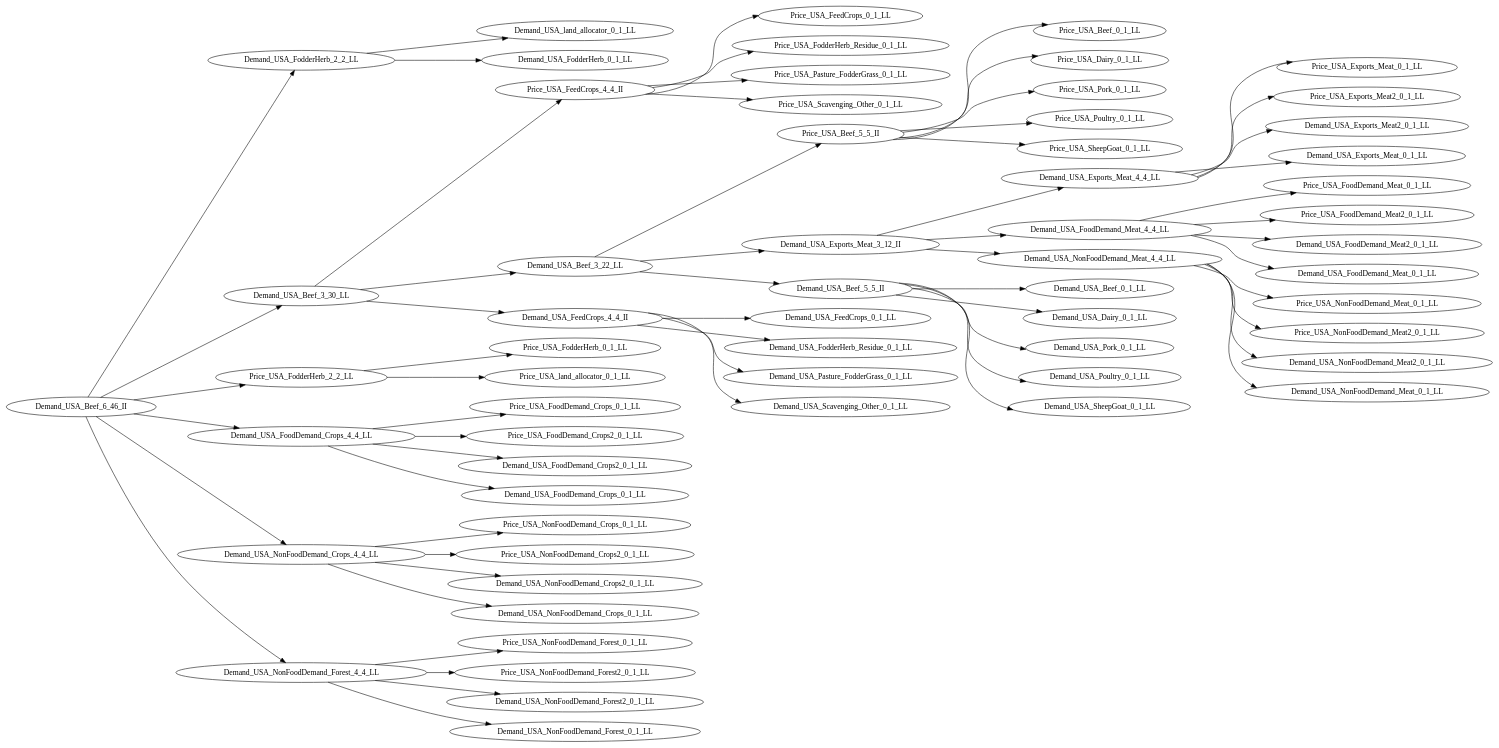
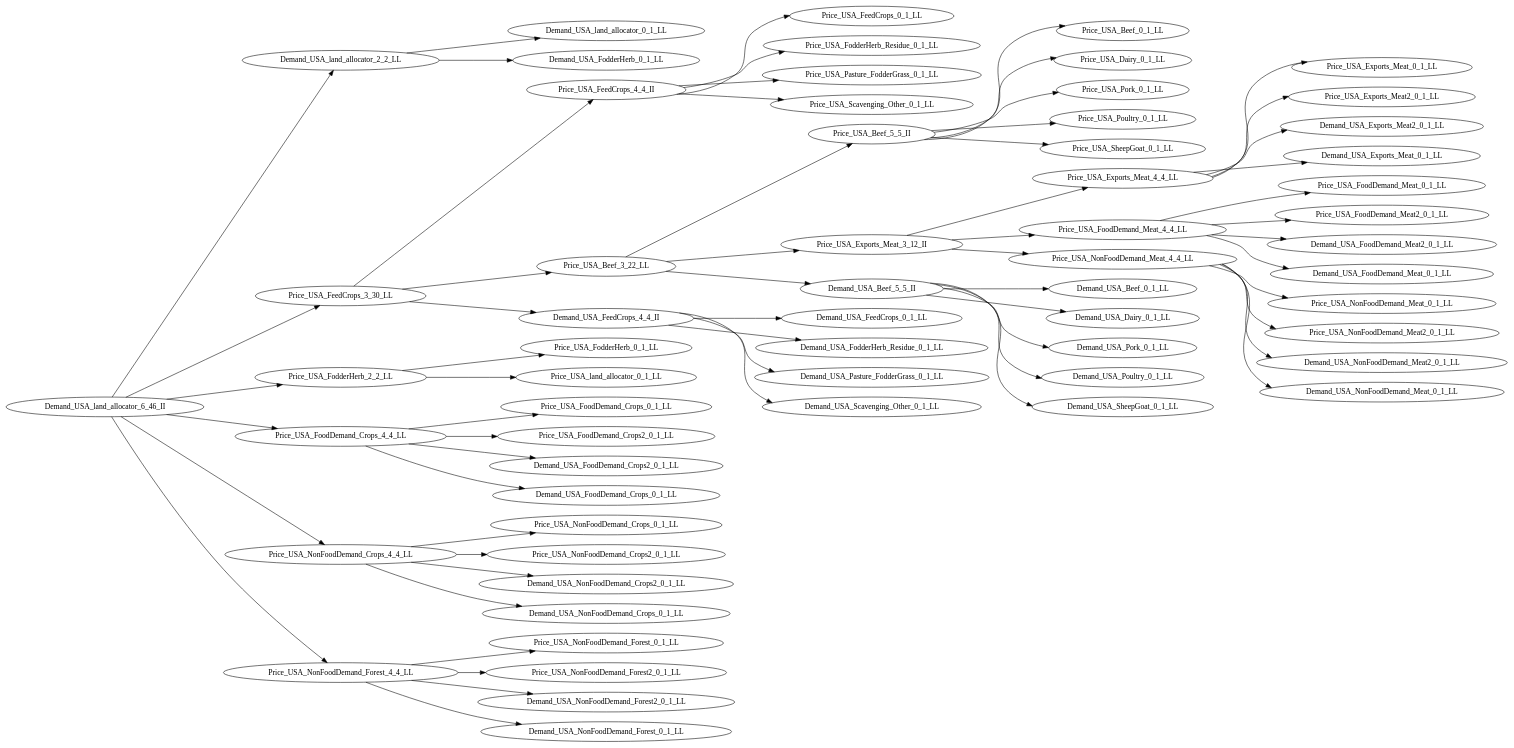
The diagram in output/gcam-usa-c1-clans.dot (rplzzz/tgraph), drawn with Graphviz before and after one commit. The commit also changed 3 other files, not shown here.

```diff
--- a/output/gcam-usa-c1-clans.dot
+++ b/output/gcam-usa-c1-clans.dot
@@ -1,64 +1,64 @@
 digraph ClanTree {
 rankdir=LR
-Demand_USA_Beef_6_46_II -> Demand_USA_FodderHerb_2_2_LL;
-Demand_USA_FodderHerb_2_2_LL -> Demand_USA_land_allocator_0_1_LL;
-Demand_USA_FodderHerb_2_2_LL -> Demand_USA_FodderHerb_0_1_LL;
-Demand_USA_Beef_6_46_II -> Demand_USA_Beef_3_30_LL;
-Demand_USA_Beef_3_30_LL -> Price_USA_FeedCrops_4_4_II;
+Demand_USA_land_allocator_6_46_II -> Demand_USA_land_allocator_2_2_LL;
+Demand_USA_land_allocator_2_2_LL -> Demand_USA_land_allocator_0_1_LL;
+Demand_USA_land_allocator_2_2_LL -> Demand_USA_FodderHerb_0_1_LL;
+Demand_USA_land_allocator_6_46_II -> Price_USA_FeedCrops_3_30_LL;
+Price_USA_FeedCrops_3_30_LL -> Price_USA_FeedCrops_4_4_II;
 Price_USA_FeedCrops_4_4_II -> Price_USA_FeedCrops_0_1_LL;
 Price_USA_FeedCrops_4_4_II -> Price_USA_FodderHerb_Residue_0_1_LL;
 Price_USA_FeedCrops_4_4_II -> Price_USA_Pasture_FodderGrass_0_1_LL;
 Price_USA_FeedCrops_4_4_II -> Price_USA_Scavenging_Other_0_1_LL;
-Demand_USA_Beef_3_30_LL -> Demand_USA_Beef_3_22_LL;
-Demand_USA_Beef_3_22_LL -> Price_USA_Beef_5_5_II;
+Price_USA_FeedCrops_3_30_LL -> Price_USA_Beef_3_22_LL;
+Price_USA_Beef_3_22_LL -> Price_USA_Beef_5_5_II;
 Price_USA_Beef_5_5_II -> Price_USA_Beef_0_1_LL;
 Price_USA_Beef_5_5_II -> Price_USA_Dairy_0_1_LL;
 Price_USA_Beef_5_5_II -> Price_USA_Pork_0_1_LL;
 Price_USA_Beef_5_5_II -> Price_USA_Poultry_0_1_LL;
 Price_USA_Beef_5_5_II -> Price_USA_SheepGoat_0_1_LL;
-Demand_USA_Beef_3_22_LL -> Demand_USA_Exports_Meat_3_12_II;
-Demand_USA_Exports_Meat_3_12_II -> Demand_USA_Exports_Meat_4_4_LL;
-Demand_USA_Exports_Meat_4_4_LL -> Price_USA_Exports_Meat_0_1_LL;
-Demand_USA_Exports_Meat_4_4_LL -> Price_USA_Exports_Meat2_0_1_LL;
-Demand_USA_Exports_Meat_4_4_LL -> Demand_USA_Exports_Meat2_0_1_LL;
-Demand_USA_Exports_Meat_4_4_LL -> Demand_USA_Exports_Meat_0_1_LL;
-Demand_USA_Exports_Meat_3_12_II -> Demand_USA_FoodDemand_Meat_4_4_LL;
-Demand_USA_FoodDemand_Meat_4_4_LL -> Price_USA_FoodDemand_Meat_0_1_LL;
-Demand_USA_FoodDemand_Meat_4_4_LL -> Price_USA_FoodDemand_Meat2_0_1_LL;
-Demand_USA_FoodDemand_Meat_4_4_LL -> Demand_USA_FoodDemand_Meat2_0_1_LL;
-Demand_USA_FoodDemand_Meat_4_4_LL -> Demand_USA_FoodDemand_Meat_0_1_LL;
-Demand_USA_Exports_Meat_3_12_II -> Demand_USA_NonFoodDemand_Meat_4_4_LL;
-Demand_USA_NonFoodDemand_Meat_4_4_LL -> Price_USA_NonFoodDemand_Meat_0_1_LL;
-Demand_USA_NonFoodDemand_Meat_4_4_LL -> Price_USA_NonFoodDemand_Meat2_0_1_LL;
-Demand_USA_NonFoodDemand_Meat_4_4_LL -> Demand_USA_NonFoodDemand_Meat2_0_1_LL;
-Demand_USA_NonFoodDemand_Meat_4_4_LL -> Demand_USA_NonFoodDemand_Meat_0_1_LL;
-Demand_USA_Beef_3_22_LL -> Demand_USA_Beef_5_5_II;
+Price_USA_Beef_3_22_LL -> Price_USA_Exports_Meat_3_12_II;
+Price_USA_Exports_Meat_3_12_II -> Price_USA_Exports_Meat_4_4_LL;
+Price_USA_Exports_Meat_4_4_LL -> Price_USA_Exports_Meat_0_1_LL;
+Price_USA_Exports_Meat_4_4_LL -> Price_USA_Exports_Meat2_0_1_LL;
+Price_USA_Exports_Meat_4_4_LL -> Demand_USA_Exports_Meat2_0_1_LL;
+Price_USA_Exports_Meat_4_4_LL -> Demand_USA_Exports_Meat_0_1_LL;
+Price_USA_Exports_Meat_3_12_II -> Price_USA_FoodDemand_Meat_4_4_LL;
+Price_USA_FoodDemand_Meat_4_4_LL -> Price_USA_FoodDemand_Meat_0_1_LL;
+Price_USA_FoodDemand_Meat_4_4_LL -> Price_USA_FoodDemand_Meat2_0_1_LL;
+Price_USA_FoodDemand_Meat_4_4_LL -> Demand_USA_FoodDemand_Meat2_0_1_LL;
+Price_USA_FoodDemand_Meat_4_4_LL -> Demand_USA_FoodDemand_Meat_0_1_LL;
+Price_USA_Exports_Meat_3_12_II -> Price_USA_NonFoodDemand_Meat_4_4_LL;
+Price_USA_NonFoodDemand_Meat_4_4_LL -> Price_USA_NonFoodDemand_Meat_0_1_LL;
+Price_USA_NonFoodDemand_Meat_4_4_LL -> Price_USA_NonFoodDemand_Meat2_0_1_LL;
+Price_USA_NonFoodDemand_Meat_4_4_LL -> Demand_USA_NonFoodDemand_Meat2_0_1_LL;
+Price_USA_NonFoodDemand_Meat_4_4_LL -> Demand_USA_NonFoodDemand_Meat_0_1_LL;
+Price_USA_Beef_3_22_LL -> Demand_USA_Beef_5_5_II;
 Demand_USA_Beef_5_5_II -> Demand_USA_Beef_0_1_LL;
 Demand_USA_Beef_5_5_II -> Demand_USA_Dairy_0_1_LL;
 Demand_USA_Beef_5_5_II -> Demand_USA_Pork_0_1_LL;
 Demand_USA_Beef_5_5_II -> Demand_USA_Poultry_0_1_LL;
 Demand_USA_Beef_5_5_II -> Demand_USA_SheepGoat_0_1_LL;
-Demand_USA_Beef_3_30_LL -> Demand_USA_FeedCrops_4_4_II;
+Price_USA_FeedCrops_3_30_LL -> Demand_USA_FeedCrops_4_4_II;
 Demand_USA_FeedCrops_4_4_II -> Demand_USA_FeedCrops_0_1_LL;
 Demand_USA_FeedCrops_4_4_II -> Demand_USA_FodderHerb_Residue_0_1_LL;
 Demand_USA_FeedCrops_4_4_II -> Demand_USA_Pasture_FodderGrass_0_1_LL;
 Demand_USA_FeedCrops_4_4_II -> Demand_USA_Scavenging_Other_0_1_LL;
-Demand_USA_Beef_6_46_II -> Price_USA_FodderHerb_2_2_LL;
+Demand_USA_land_allocator_6_46_II -> Price_USA_FodderHerb_2_2_LL;
 Price_USA_FodderHerb_2_2_LL -> Price_USA_FodderHerb_0_1_LL;
 Price_USA_FodderHerb_2_2_LL -> Price_USA_land_allocator_0_1_LL;
-Demand_USA_Beef_6_46_II -> Demand_USA_FoodDemand_Crops_4_4_LL;
-Demand_USA_FoodDemand_Crops_4_4_LL -> Price_USA_FoodDemand_Crops_0_1_LL;
-Demand_USA_FoodDemand_Crops_4_4_LL -> Price_USA_FoodDemand_Crops2_0_1_LL;
-Demand_USA_FoodDemand_Crops_4_4_LL -> Demand_USA_FoodDemand_Crops2_0_1_LL;
-Demand_USA_FoodDemand_Crops_4_4_LL -> Demand_USA_FoodDemand_Crops_0_1_LL;
-Demand_USA_Beef_6_46_II -> Demand_USA_NonFoodDemand_Crops_4_4_LL;
-Demand_USA_NonFoodDemand_Crops_4_4_LL -> Price_USA_NonFoodDemand_Crops_0_1_LL;
-Demand_USA_NonFoodDemand_Crops_4_4_LL -> Price_USA_NonFoodDemand_Crops2_0_1_LL;
-Demand_USA_NonFoodDemand_Crops_4_4_LL -> Demand_USA_NonFoodDemand_Crops2_0_1_LL;
-Demand_USA_NonFoodDemand_Crops_4_4_LL -> Demand_USA_NonFoodDemand_Crops_0_1_LL;
-Demand_USA_Beef_6_46_II -> Demand_USA_NonFoodDemand_Forest_4_4_LL;
-Demand_USA_NonFoodDemand_Forest_4_4_LL -> Price_USA_NonFoodDemand_Forest_0_1_LL;
-Demand_USA_NonFoodDemand_Forest_4_4_LL -> Price_USA_NonFoodDemand_Forest2_0_1_LL;
-Demand_USA_NonFoodDemand_Forest_4_4_LL -> Demand_USA_NonFoodDemand_Forest2_0_1_LL;
-Demand_USA_NonFoodDemand_Forest_4_4_LL -> Demand_USA_NonFoodDemand_Forest_0_1_LL;
+Demand_USA_land_allocator_6_46_II -> Price_USA_FoodDemand_Crops_4_4_LL;
+Price_USA_FoodDemand_Crops_4_4_LL -> Price_USA_FoodDemand_Crops_0_1_LL;
+Price_USA_FoodDemand_Crops_4_4_LL -> Price_USA_FoodDemand_Crops2_0_1_LL;
+Price_USA_FoodDemand_Crops_4_4_LL -> Demand_USA_FoodDemand_Crops2_0_1_LL;
+Price_USA_FoodDemand_Crops_4_4_LL -> Demand_USA_FoodDemand_Crops_0_1_LL;
+Demand_USA_land_allocator_6_46_II -> Price_USA_NonFoodDemand_Crops_4_4_LL;
+Price_USA_NonFoodDemand_Crops_4_4_LL -> Price_USA_NonFoodDemand_Crops_0_1_LL;
+Price_USA_NonFoodDemand_Crops_4_4_LL -> Price_USA_NonFoodDemand_Crops2_0_1_LL;
+Price_USA_NonFoodDemand_Crops_4_4_LL -> Demand_USA_NonFoodDemand_Crops2_0_1_LL;
+Price_USA_NonFoodDemand_Crops_4_4_LL -> Demand_USA_NonFoodDemand_Crops_0_1_LL;
+Demand_USA_land_allocator_6_46_II -> Price_USA_NonFoodDemand_Forest_4_4_LL;
+Price_USA_NonFoodDemand_Forest_4_4_LL -> Price_USA_NonFoodDemand_Forest_0_1_LL;
+Price_USA_NonFoodDemand_Forest_4_4_LL -> Price_USA_NonFoodDemand_Forest2_0_1_LL;
+Price_USA_NonFoodDemand_Forest_4_4_LL -> Demand_USA_NonFoodDemand_Forest2_0_1_LL;
+Price_USA_NonFoodDemand_Forest_4_4_LL -> Demand_USA_NonFoodDemand_Forest_0_1_LL;
 }
```
